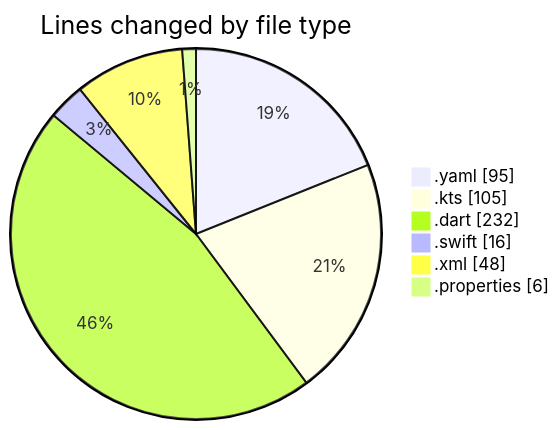
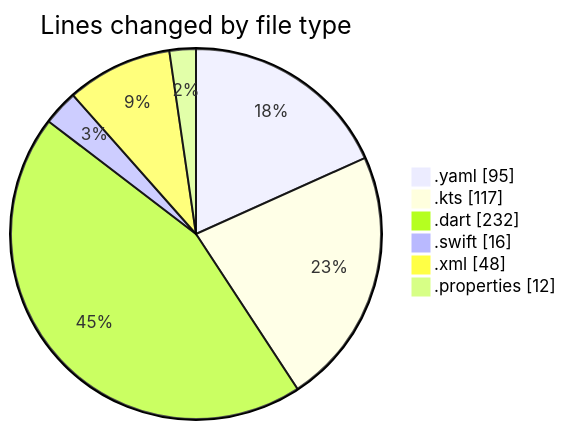
One commit to donsfak/code-tracking changed the first of 2 diagrams in 2025-02-16/uber_clone/README.md. Above: the diagram before and after it, drawn with Mermaid. The commit also changed other lines of this file and 1 other file, not shown here.

````diff
--- a/2025-02-16/uber_clone/README.md
+++ b/2025-02-16/uber_clone/README.md
@@ -26,10 +26,10 @@
 ```mermaid
 pie showData
 title Lines changed by file type
 ".yaml" : 95
-".kts" : 105
+".kts" : 117
 ".dart" : 232
 ".swift" : 16
 ".xml" : 48
-".properties" : 6
+".properties" : 12
 ```
````
